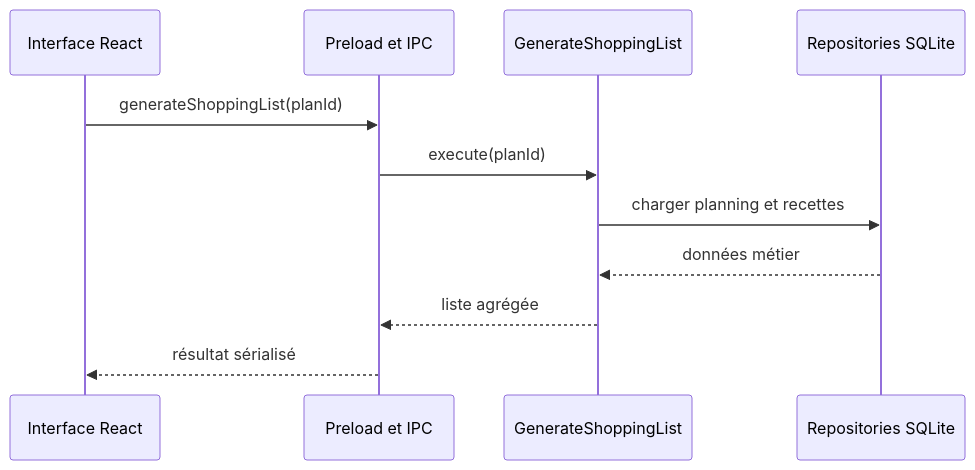
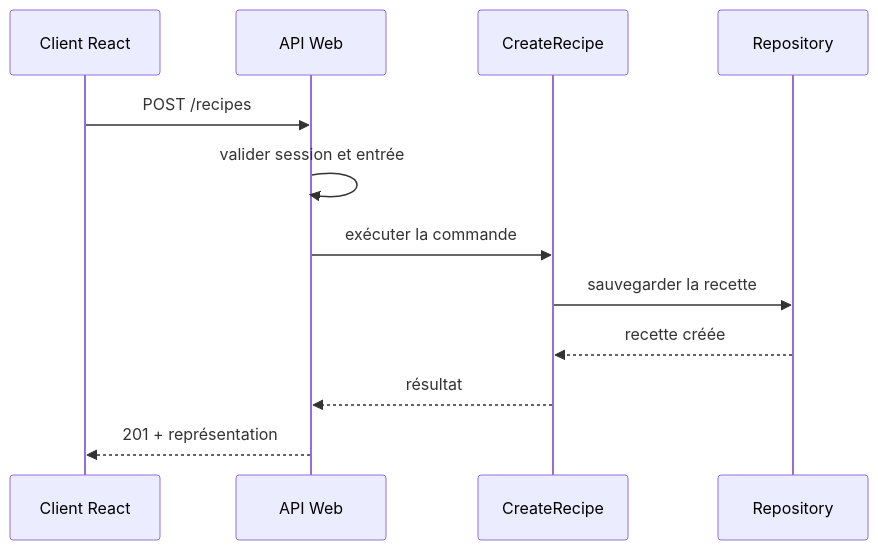
Before and after one commit to Amine845/Processus-du-developpement-logiciel: the second of 2 diagrams in docs/architecture/overview.md, drawn with Mermaid. The commit also changed other lines of this file and 31 other files, not shown here.

Commit message:
docs(project): align scope and architecture with PO feedback

````diff
--- a/docs/architecture/overview.md
+++ b/docs/architecture/overview.md
@@ -179,13 +188,14 @@
 ```mermaid
 sequenceDiagram
-    participant UI as Interface React
-    participant IPC as Preload et IPC
-    participant UC as GenerateShoppingList
-    participant DB as Repositories SQLite
-    UI->>IPC: generateShoppingList(planId)
-    IPC->>UC: execute(planId)
-    UC->>DB: charger planning et recettes
-    DB-->>UC: données métier
-    UC-->>IPC: liste agrégée
-    IPC-->>UI: résultat sérialisé
+    participant UI as Client React
+    participant API as API Web
+    participant UC as CreateRecipe
+    participant DB as Repository
+    UI->>API: POST /recipes
+    API->>API: valider session et entrée
+    API->>UC: exécuter la commande
+    UC->>DB: sauvegarder la recette
+    DB-->>UC: recette créée
+    UC-->>API: résultat
+    API-->>UI: 201 + représentation
 ```
````
